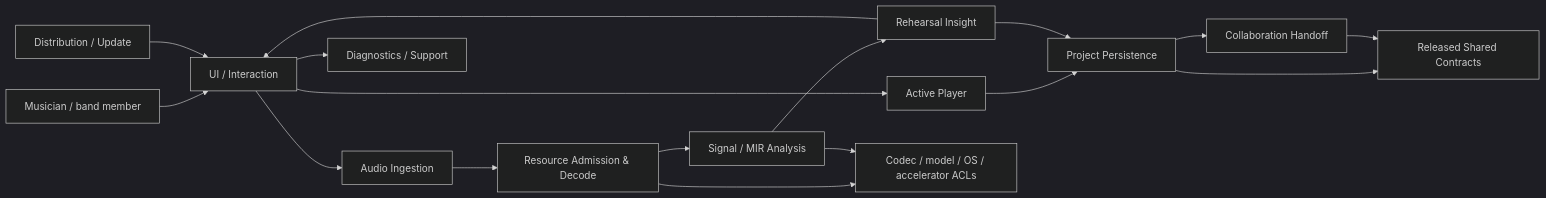
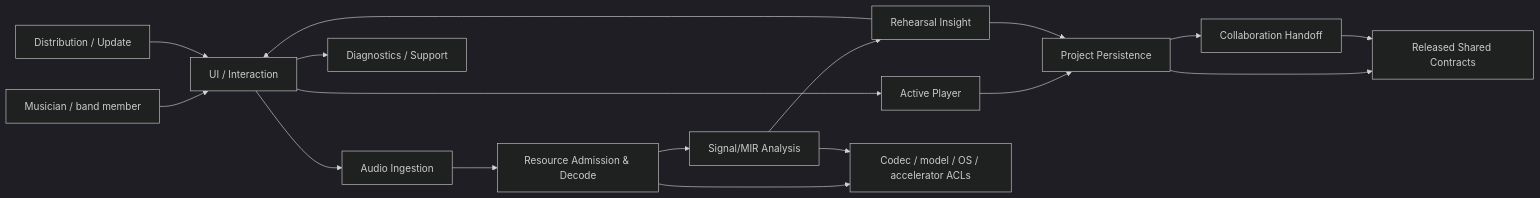
Before and after one commit to ContextualWisdomLab/bandscope: the first of 4 diagrams in docs/product-technical-gap-baseline.md, drawn with Mermaid (dark theme). The commit also changed other lines of this file, not shown here.

````diff
--- a/docs/product-technical-gap-baseline.md
+++ b/docs/product-technical-gap-baseline.md
@@ -146,33 +146,33 @@
 ```mermaid
 flowchart LR
     M[Musician / band member]
     UI[UI / Interaction]
     ING[Audio Ingestion]
     DEC[Resource Admission & Decode]
-    MIR[Signal / MIR Analysis]
+    MIR[Signal/MIR Analysis]
     RI[Rehearsal Insight]
     PLAYER[Active Player]
     PROJ[Project Persistence]
     HANDOFF[Collaboration Handoff]
     DIAG[Diagnostics / Support]
     DIST[Distribution / Update]
     SK[Released Shared Contracts]
     ACL[Codec / model / OS / accelerator ACLs]
 
     M --> UI
     UI --> ING
     ING --> DEC
     DEC --> MIR
     MIR --> RI
     RI --> UI
     UI --> PLAYER
     PLAYER --> PROJ
     RI --> PROJ
     PROJ --> HANDOFF
     UI --> DIAG
     DIST --> UI
     DEC --> ACL
     MIR --> ACL
     PROJ --> SK
     HANDOFF --> SK
 ```
````
